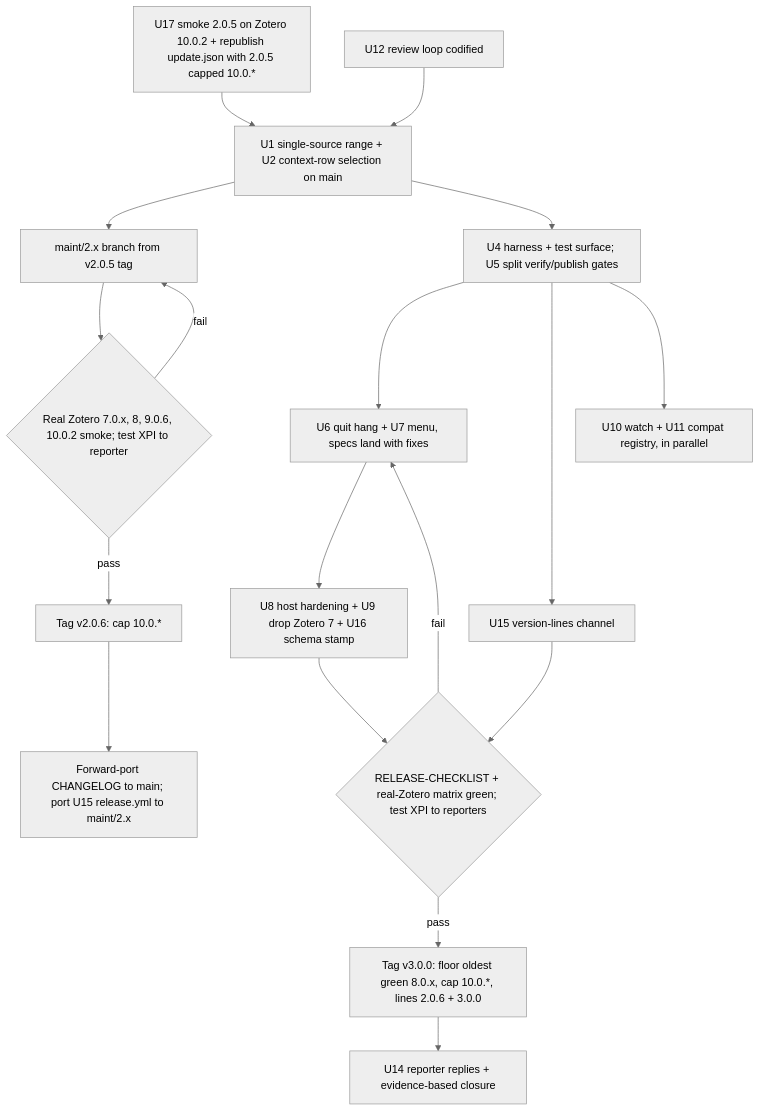
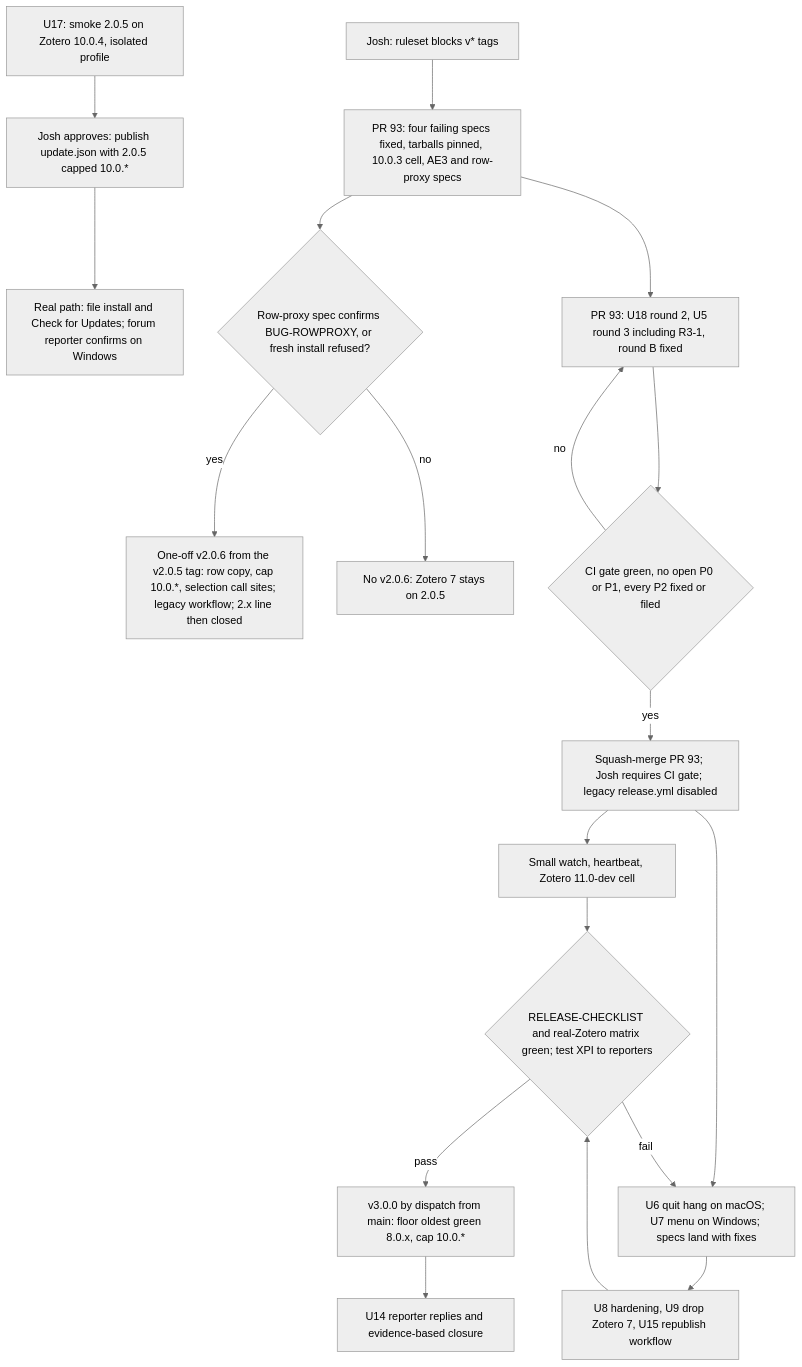
One commit to phdemotions/zotero-citegeist changed the first of 2 diagrams in docs/plans/2026-09-13-001-fix-zotero-10-compat-host-bugs-plan.md. Above: the diagram before and after it, drawn with Mermaid (neutral theme). The commit also changed other lines of this file and 9 other files, not shown here.

````diff
--- a/docs/plans/2026-09-13-001-fix-zotero-10-compat-host-bugs-plan.md
+++ b/docs/plans/2026-09-13-001-fix-zotero-10-compat-host-bugs-plan.md
@@ -167,20 +354,21 @@
 ```mermaid
 flowchart TB
-  Z[U17 smoke 2.0.5 on Zotero 10.0.2 + republish update.json with 2.0.5 capped 10.0.*] --> A
-  R[U12 review loop codified] --> A[U1 single-source range + U2 context-row selection on main]
-  A --> B[maint/2.x branch from v2.0.5 tag]
-  B --> C{Real Zotero 7.0.x, 8, 9.0.6, 10.0.2 smoke; test XPI to reporter}
-  C -->|pass| D[Tag v2.0.6: cap 10.0.*]
-  C -->|fail| B
-  D --> E[Forward-port CHANGELOG to main; port U15 release.yml to maint/2.x]
-  A --> F[U4 harness + test surface; U5 split verify/publish gates]
-  F --> G[U6 quit hang + U7 menu, specs land with fixes]
-  G --> H[U8 host hardening + U9 drop Zotero 7 + U16 schema stamp]
-  F --> I[U15 version-lines channel]
-  F --> W[U10 watch + U11 compat registry, in parallel]
-  H --> J{RELEASE-CHECKLIST + real-Zotero matrix green; test XPI to reporters}
-  I --> J
-  J -->|pass| L[Tag v3.0.0: floor oldest green 8.0.x, cap 10.0.*, lines 2.0.6 + 3.0.0]
+  S["U17: smoke 2.0.5 on Zotero 10.0.4, isolated profile"] --> P["Josh approves: publish update.json with 2.0.5 capped 10.0.*"]
+  P --> V["Real path: file install and Check for Updates; forum reporter confirms on Windows"]
+  T["Josh: ruleset blocks v* tags"] --> CI
+  CI["PR 93: four failing specs fixed, tarballs pinned, 10.0.3 cell, AE3 and row-proxy specs"] --> RP{"Row-proxy spec confirms BUG-ROWPROXY, or fresh install refused?"}
+  RP -->|yes| H206["One-off v2.0.6 from the v2.0.5 tag: row copy, cap 10.0.*, selection call sites; legacy workflow; 2.x line then closed"]
+  RP -->|no| N206["No v2.0.6: Zotero 7 stays on 2.0.5"]
+  CI --> F["PR 93: U18 round 2, U5 round 3 including R3-1, round B fixed"]
+  F --> M{"CI gate green, no open P0 or P1, every P2 fixed or filed"}
+  M -->|yes| MG["Squash-merge PR 93; Josh requires CI gate; legacy release.yml disabled"]
+  M -->|no| F
+  MG --> W["Small watch, heartbeat, Zotero 11.0-dev cell"]
+  MG --> G["U6 quit hang on macOS; U7 menu on Windows; specs land with fixes"]
+  G --> H["U8 hardening, U9 drop Zotero 7, U15 republish workflow"]
+  H --> J{"RELEASE-CHECKLIST and real-Zotero matrix green; test XPI to reporters"}
+  W --> J
+  J -->|pass| L["v3.0.0 by dispatch from main: floor oldest green 8.0.x, cap 10.0.*"]
   J -->|fail| G
-  L --> M[U14 reporter replies + evidence-based closure]
+  L --> RR["U14 reporter replies and evidence-based closure"]
 ```
````
